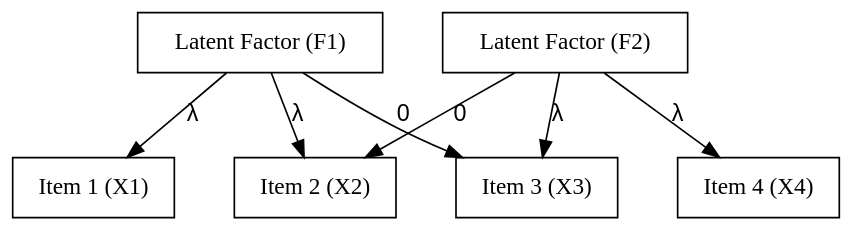
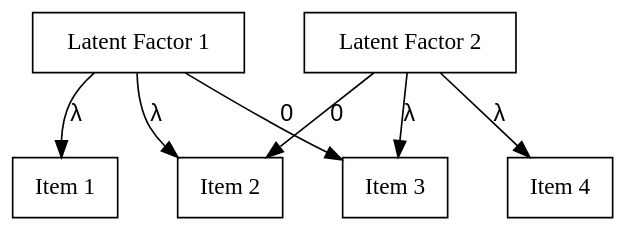
One commit to kevinli03/pspe changed the diagram in latent/confirmatory.qmd. Above: the diagram before and after it, drawn with Graphviz. The commit also changed other lines of this file and 51 other files, not shown here.

````diff
--- a/latent/confirmatory.qmd
+++ b/latent/confirmatory.qmd
@@ -22,25 +20,25 @@
 ```{dot}
 //| fig-width: 5
 //| fig-height: 1.4
 digraph example2 {
   bgcolor="transparent";
   // Nodes
-  F1 [shape=box, pos = "0,0!", label="Latent Factor (F1)"]
-  F2 [shape=box, pos = "0,0!", label="Latent Factor (F2)"]
-  X1 [shape=box, pos = "2,0!", label="Item 1 (X1)"]
-  X2 [shape=box, pos = "1,-2!", label="Item 2 (X2)"]
-  X3 [shape=box, pos="1,0!", label="Item 3 (X3)"]
-  X4 [shape=box, pos="1,0!", label="Item 4 (X4)"]
+  F1 [shape=box, pos = "0,0!", label="Latent Factor 1"]
+  F2 [shape=box, pos = "0,0!", label="Latent Factor 2"]
+  X1 [shape=box, pos = "2,0!", label="Item 1"]
+  X2 [shape=box, pos = "1,-2!", label="Item 2"]
+  X3 [shape=box, pos="1,0!", label="Item 3"]
+  X4 [shape=box, pos="1,0!", label="Item 4"]
 
   // Edges
   {F1 -> X1 [label=<<FONT FACE="Arial">&lambda;</FONT>>]}
   {F1 -> X2 [label=<<FONT FACE="Arial">&lambda;</FONT>>]}
   {F1 -> X3 [label=<<FONT FACE="Arial">0</FONT>>]}
   {F2 -> X2 [label=<<FONT FACE="Arial">0</FONT>>]}
   {F2 -> X3 [label=<<FONT FACE="Arial">&lambda;</FONT>>]}
   {F2 -> X4 [label=<<FONT FACE="Arial">&lambda;</FONT>>]}
   
   graph [nodesep=0.5, ranksep=0.5]
 
 }
 ```
````
